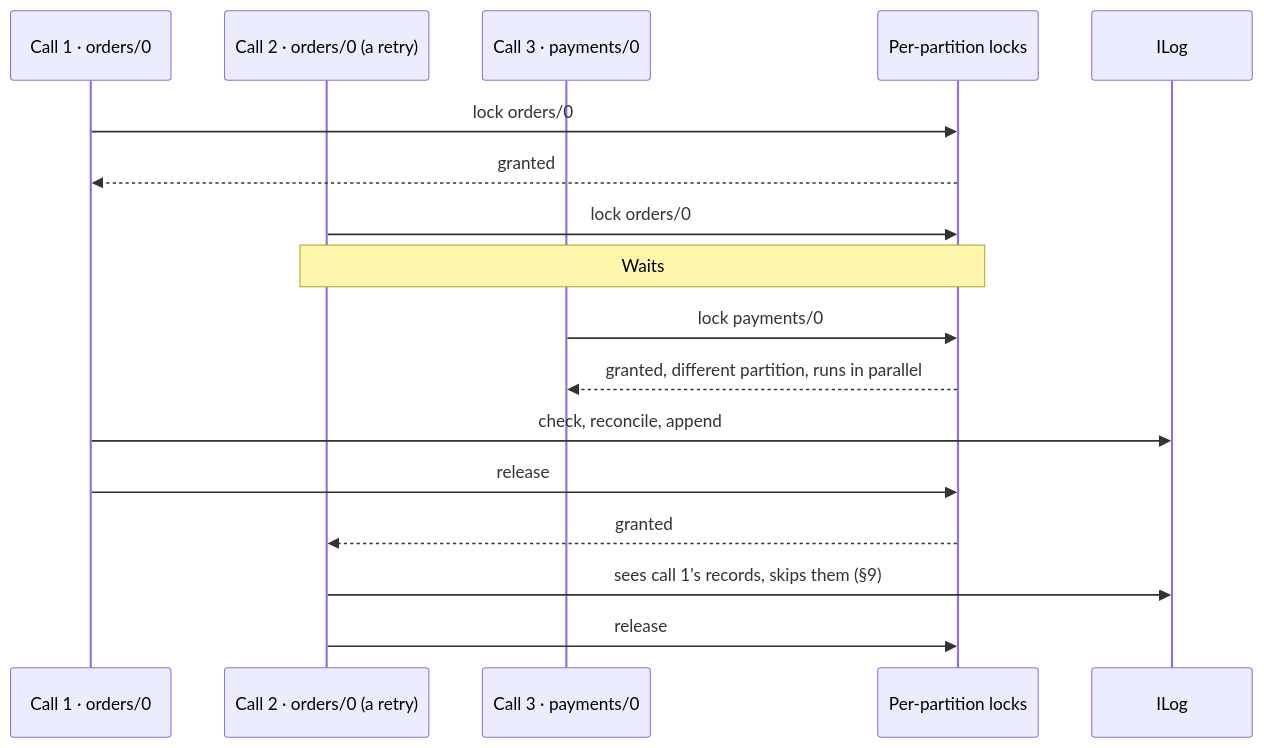
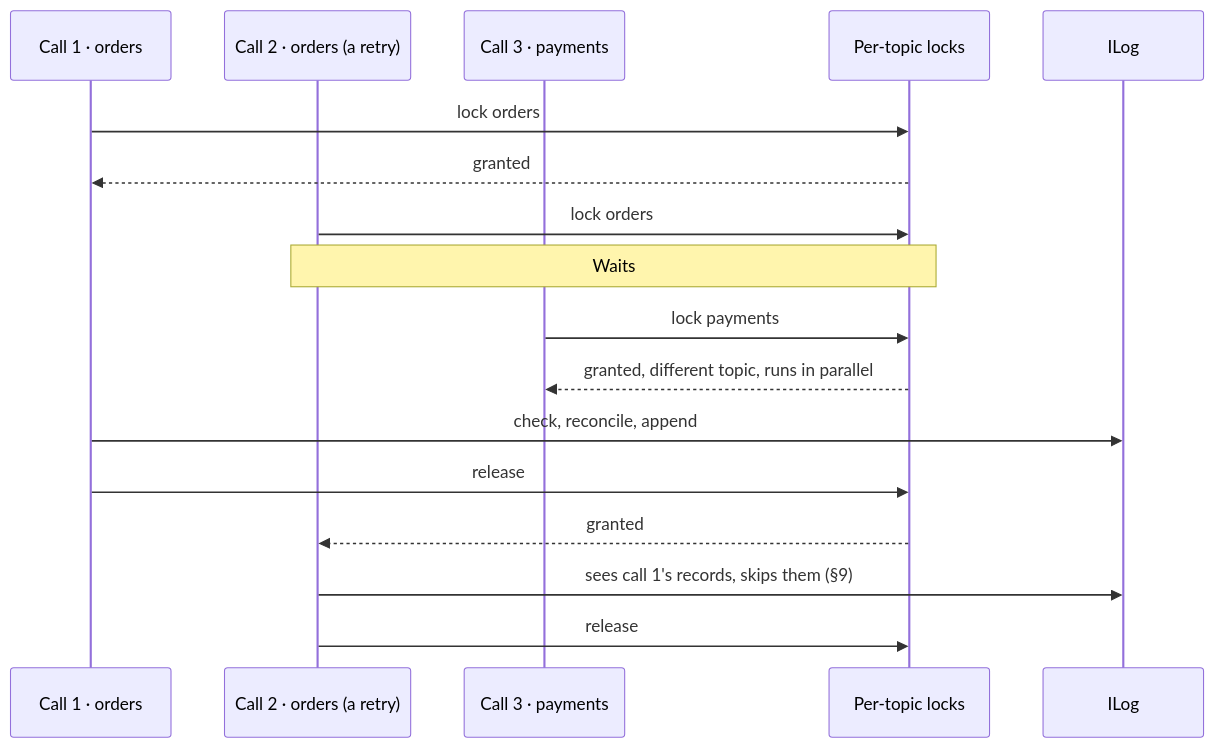
One commit to paulisuden/K0sStreams changed diagram 19 of 23 in docs/replication-scenarios.md. Above: the diagram before and after it, drawn with Mermaid. The commit also changed other lines of this file and 13 other files, not shown here.

````diff
--- a/docs/replication-scenarios.md
+++ b/docs/replication-scenarios.md
@@ -564,19 +564,19 @@
 ```mermaid
 sequenceDiagram
-    participant R1 as Call 1 · orders/0
-    participant R2 as Call 2 · orders/0 (a retry)
-    participant R3 as Call 3 · payments/0
-    participant G as Per-partition locks
+    participant R1 as Call 1 · orders
+    participant R2 as Call 2 · orders (a retry)
+    participant R3 as Call 3 · payments
+    participant G as Per-topic locks
     participant LOG as ILog
-    R1->>G: lock orders/0
+    R1->>G: lock orders
     G-->>R1: granted
-    R2->>G: lock orders/0
+    R2->>G: lock orders
     Note over R2,G: Waits
-    R3->>G: lock payments/0
-    G-->>R3: granted, different partition, runs in parallel
+    R3->>G: lock payments
+    G-->>R3: granted, different topic, runs in parallel
     R1->>LOG: check, reconcile, append
     R1->>G: release
     G-->>R2: granted
     R2->>LOG: sees call 1's records, skips them (§9)
     R2->>G: release
 ```
````
